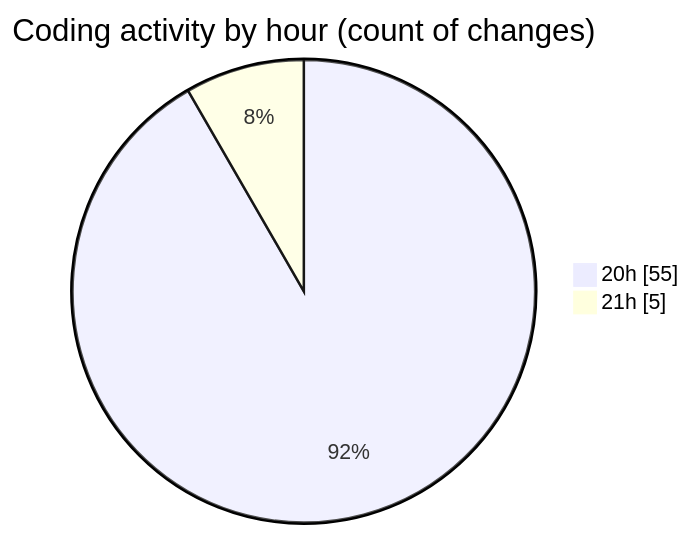
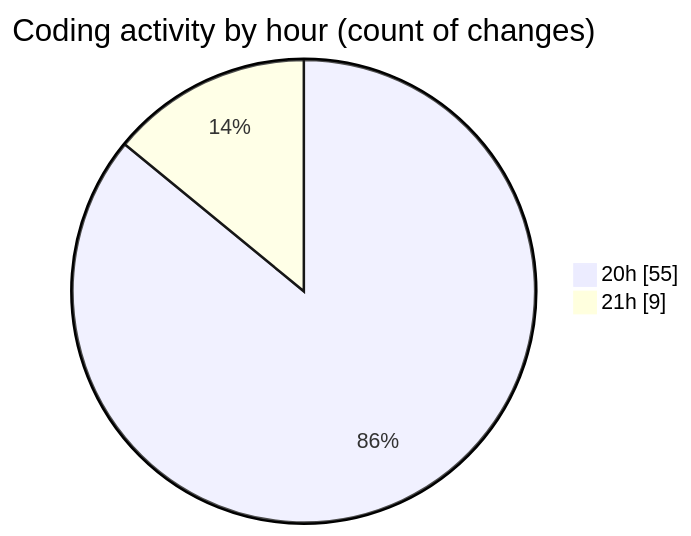
Before and after one commit to lephambinh05/code-tracking: the second of 2 diagrams in 2025-09-01/20m/README.md, drawn with Mermaid. The commit also changed other lines of this file and 1 other file, not shown here.

````diff
--- a/2025-09-01/20m/README.md
+++ b/2025-09-01/20m/README.md
@@ -58,6 +58,6 @@
 ```mermaid
 pie showData
 title Coding activity by hour (count of changes)
 "20h" : 55
-"21h" : 5
+"21h" : 9
 ```
````
